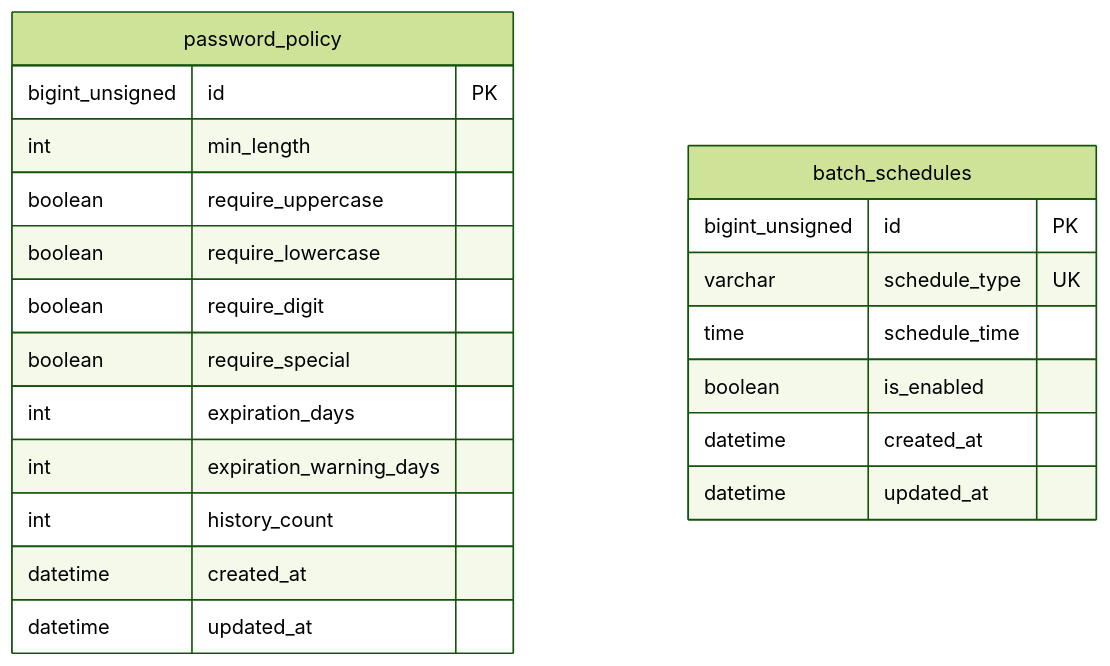
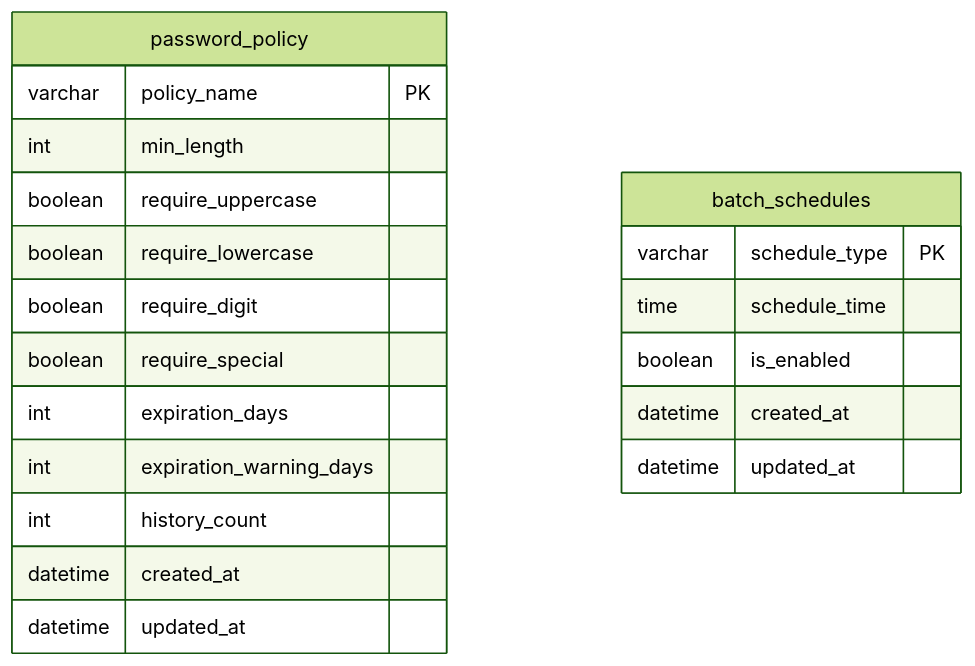
One commit to kencom2400/MrWebDefence-Design changed diagram 19 of 20 in docs/DESIGN.md. Above: the diagram before and after it, drawn with Mermaid (forest theme). The commit also changed other lines of this file, not shown here.

````diff
--- a/docs/DESIGN.md
+++ b/docs/DESIGN.md
@@ -1519,25 +1511,24 @@
 ```mermaid
 erDiagram
     password_policy {
-        bigint_unsigned id PK
+        varchar policy_name PK
         int min_length
         boolean require_uppercase
         boolean require_lowercase
         boolean require_digit
         boolean require_special
         int expiration_days
         int expiration_warning_days
         int history_count
         datetime created_at
         datetime updated_at
     }
     
     batch_schedules {
-        bigint_unsigned id PK
-        varchar schedule_type UK
+        varchar schedule_type PK
         time schedule_time
         boolean is_enabled
         datetime created_at
         datetime updated_at
     }
 ```
````
